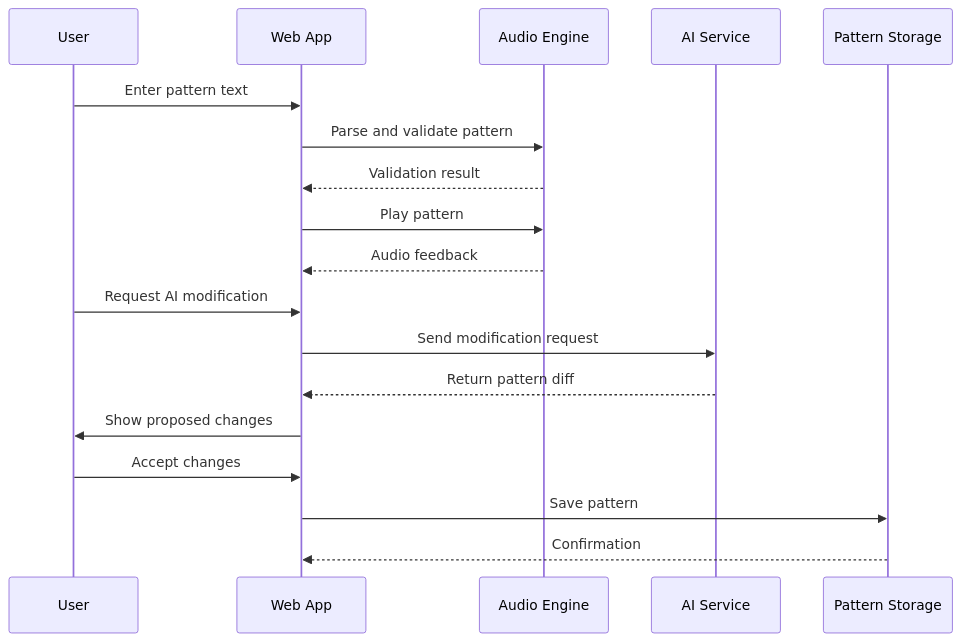
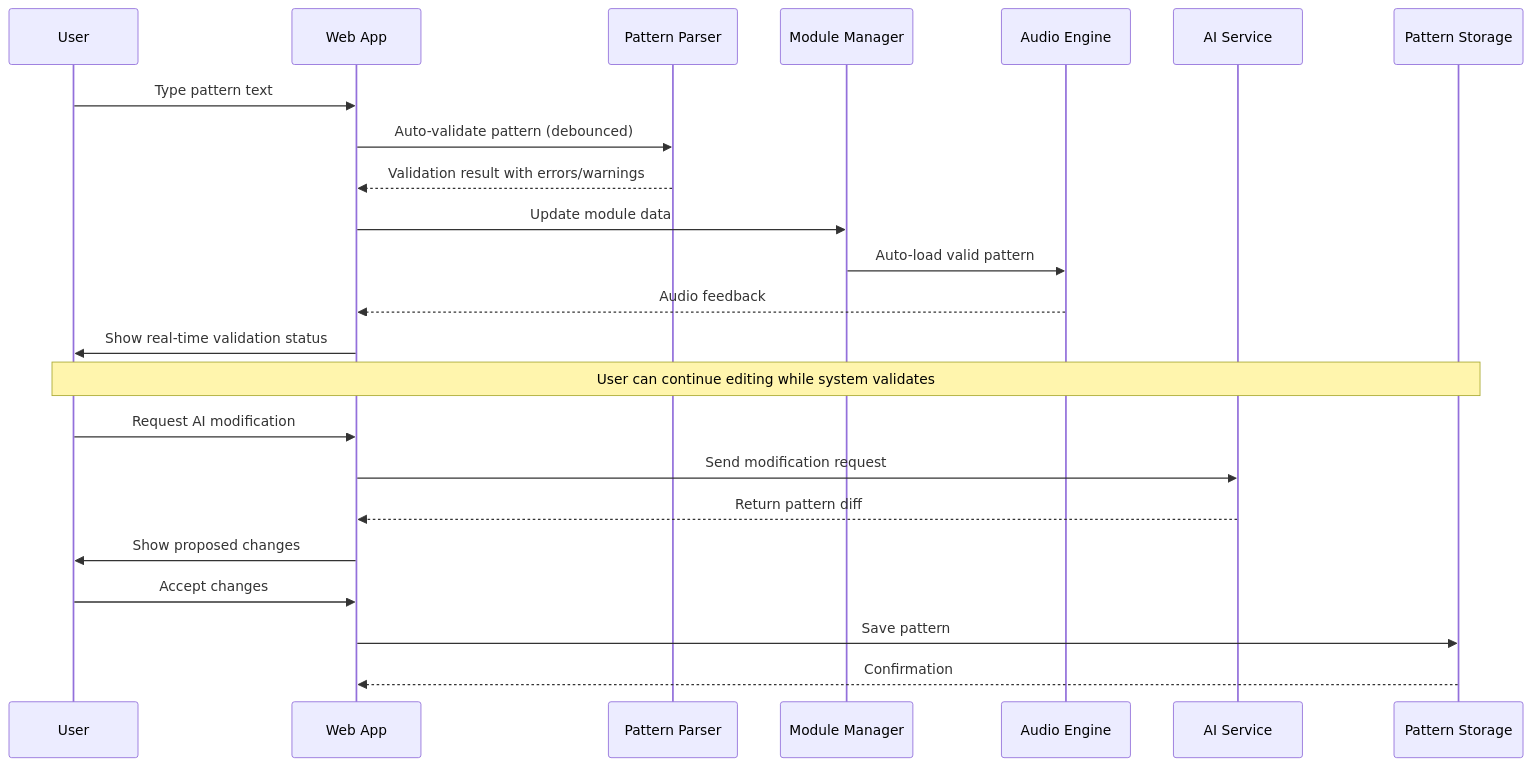
The second of 6 diagrams in docs/architecture.md (goggledefogger/llm-music), drawn with Mermaid before and after one commit. The commit also changed other lines of this file and 22 other files, not shown here.

````diff
--- a/docs/architecture.md
+++ b/docs/architecture.md
@@ -485,21 +485,28 @@
 ```mermaid
 sequenceDiagram
     participant U as User
     participant UI as Web App
+    participant PP as Pattern Parser
+    participant MM as Module Manager
     participant AE as Audio Engine
     participant AI as AI Service
     participant PS as Pattern Storage
 
-    U->>UI: Enter pattern text
-    UI->>AE: Parse and validate pattern
-    AE-->>UI: Validation result
-    UI->>AE: Play pattern
+    U->>UI: Type pattern text
+    UI->>PP: Auto-validate pattern (debounced)
+    PP-->>UI: Validation result with errors/warnings
+    UI->>MM: Update module data
+    MM->>AE: Auto-load valid pattern
     AE-->>UI: Audio feedback
+    UI->>U: Show real-time validation status
+
+    Note over U,PS: User can continue editing while system validates
+
     U->>UI: Request AI modification
     UI->>AI: Send modification request
     AI-->>UI: Return pattern diff
     UI->>U: Show proposed changes
     U->>UI: Accept changes
     UI->>PS: Save pattern
     PS-->>UI: Confirmation
 ```
````
